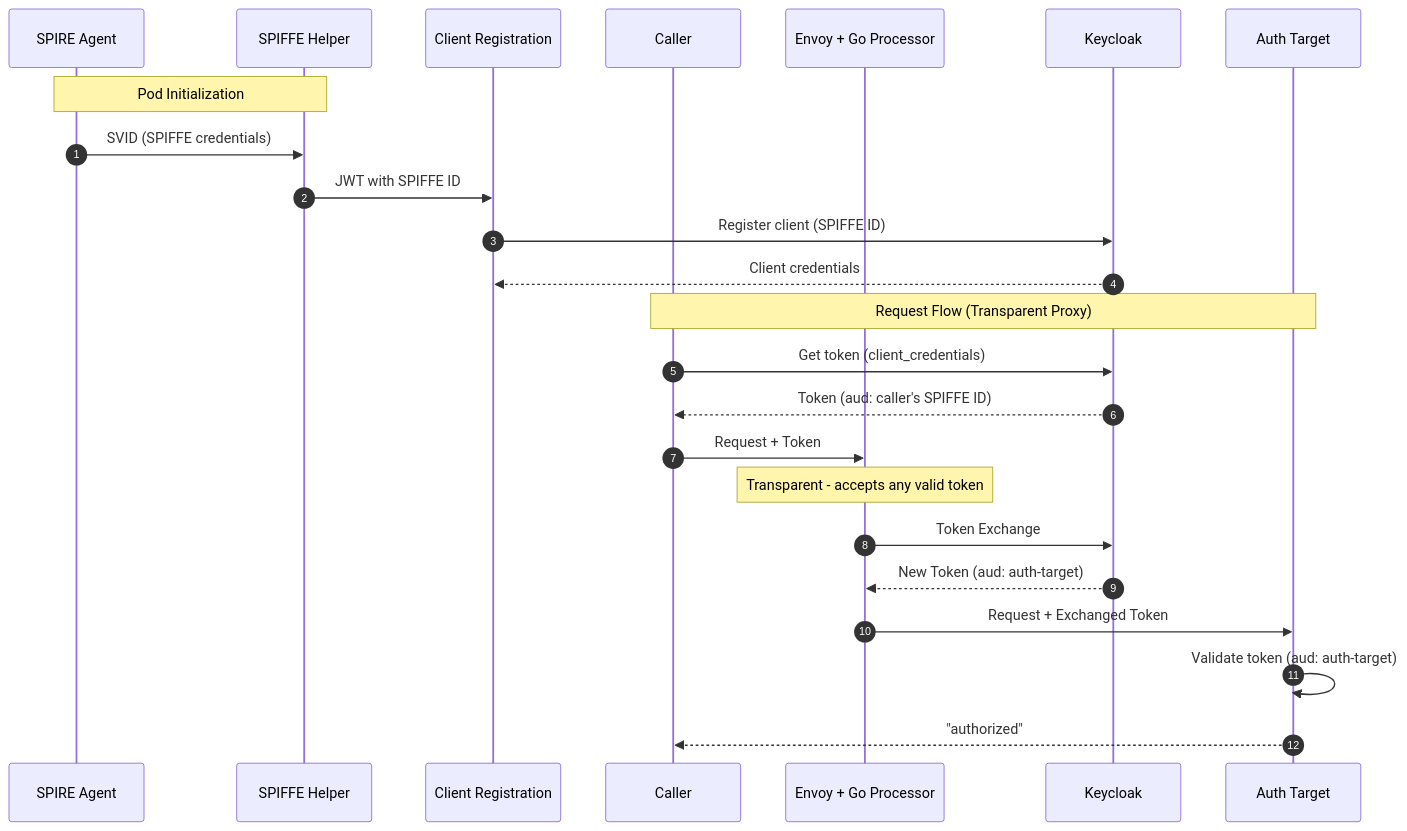
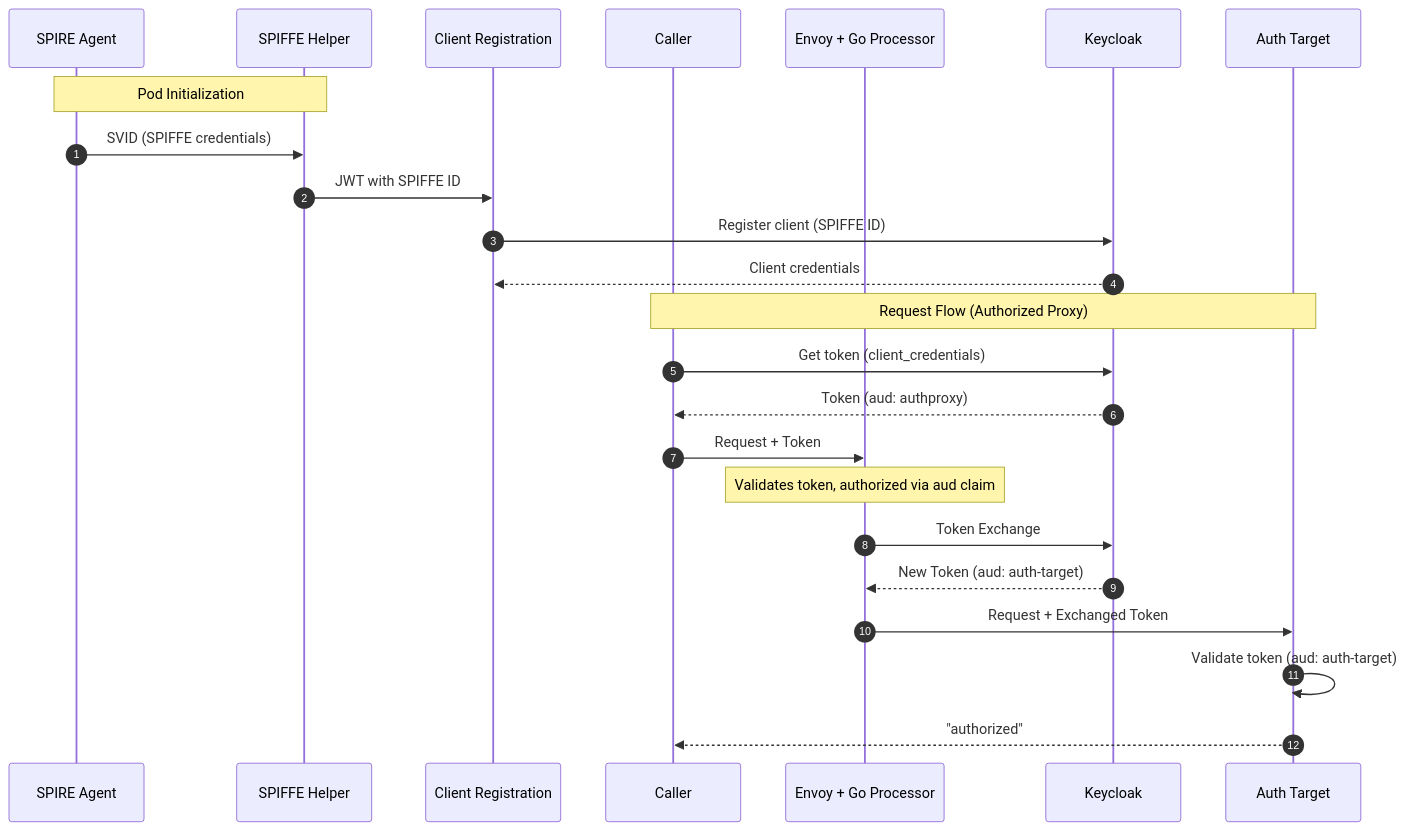
The first of 2 diagrams in AuthBridge/README.md (cwiklik/kagenti-extensions), drawn with Mermaid before and after one commit. The commit also changed other lines of this file and 2 other files, not shown here.

Commit message:
Add authproxy audience back

````diff
--- a/AuthBridge/README.md
+++ b/AuthBridge/README.md
@@ -65,31 +65,31 @@
 ```mermaid
 sequenceDiagram
     autonumber
     participant SPIRE as SPIRE Agent
     participant Helper as SPIFFE Helper
     participant Reg as Client Registration
     participant Caller as Caller
     participant Envoy as Envoy + Go Processor
     participant KC as Keycloak
     participant Target as Auth Target
 
     Note over Helper,SPIRE: Pod Initialization
     SPIRE->>Helper: SVID (SPIFFE credentials)
     Helper->>Reg: JWT with SPIFFE ID
     Reg->>KC: Register client (SPIFFE ID)
     KC-->>Reg: Client credentials
 
-    Note over Caller,Target: Request Flow (Transparent Proxy)
+    Note over Caller,Target: Request Flow (Authorized Proxy)
     Caller->>KC: Get token (client_credentials)
-    KC-->>Caller: Token (aud: caller's SPIFFE ID)
+    KC-->>Caller: Token (aud: authproxy)
     
     Caller->>Envoy: Request + Token
-    Note over Envoy: Transparent - accepts any valid token
+    Note over Envoy: Validates token, authorized via aud claim
     
     Envoy->>KC: Token Exchange
     KC-->>Envoy: New Token (aud: auth-target)
     
     Envoy->>Target: Request + Exchanged Token
     Target->>Target: Validate token (aud: auth-target)
     Target-->>Caller: "authorized"
 ```
````
